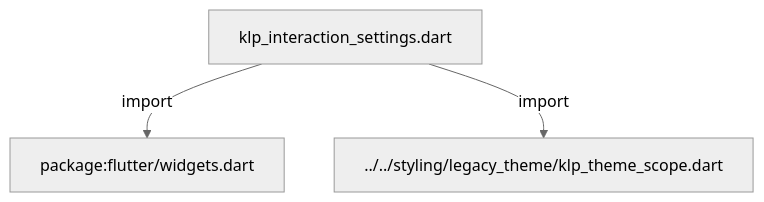
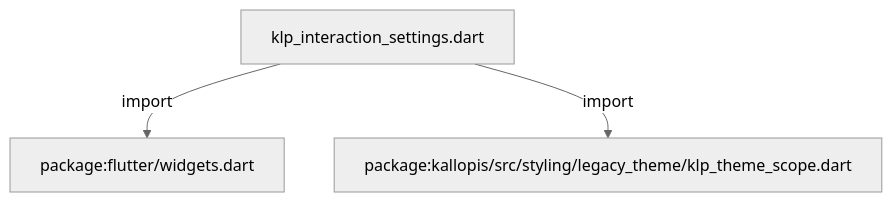
Before and after one commit to MiuDog/Kallopis: the first of 4 diagrams in docs/architecture/src/foundation/interaction/klp_interaction_settings.md, drawn with Mermaid (neutral theme). The commit also changed other lines of this file and 9688 other files, not shown here.

Commit message:
Prepare isolated Flow F2 peer baseline

````diff
--- a/docs/architecture/src/foundation/interaction/klp_interaction_settings.md
+++ b/docs/architecture/src/foundation/interaction/klp_interaction_settings.md
@@ -11,8 +11,8 @@
 ```mermaid
 flowchart TD
 	n0["klp_interaction_settings.dart"]
 	n1["package:flutter/widgets.dart"]
-	n2["../../styling/legacy_theme/klp_theme_scope.dart"]
+	n2["package:kallopis/src/styling/legacy_theme/klp_theme_scope.dart"]
 	n0 -->|"import"| n1
 	n0 -->|"import"| n2
 ```
````
